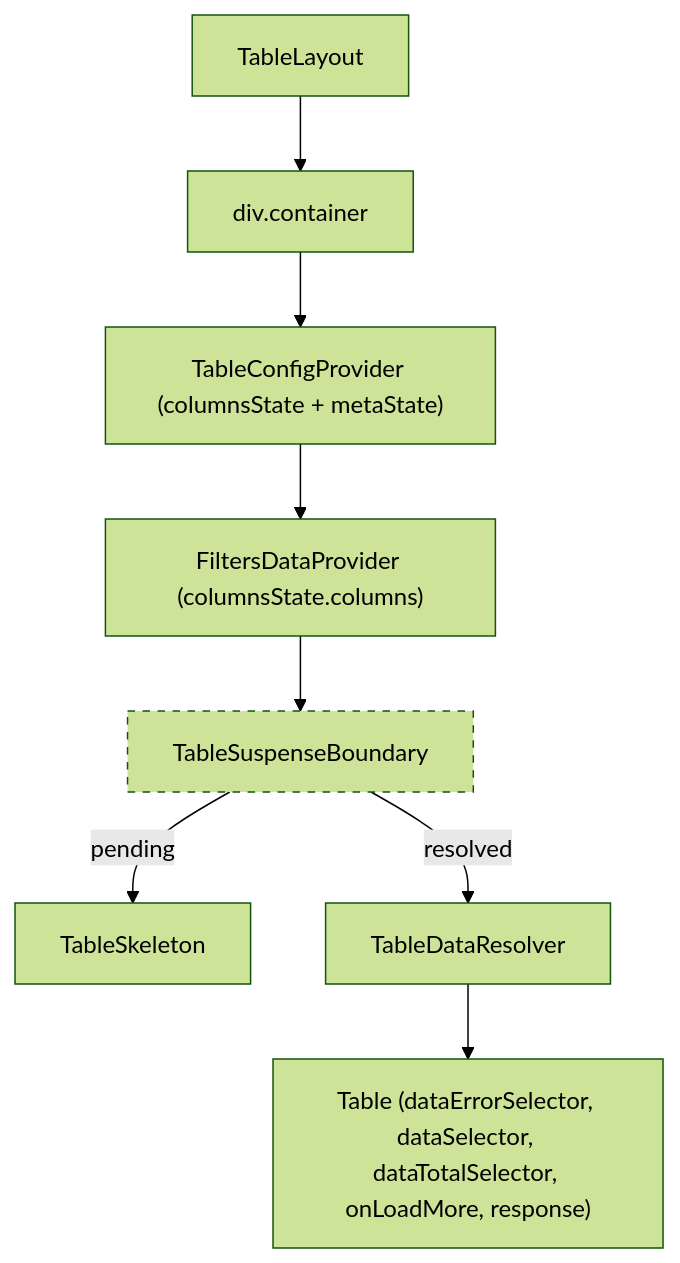
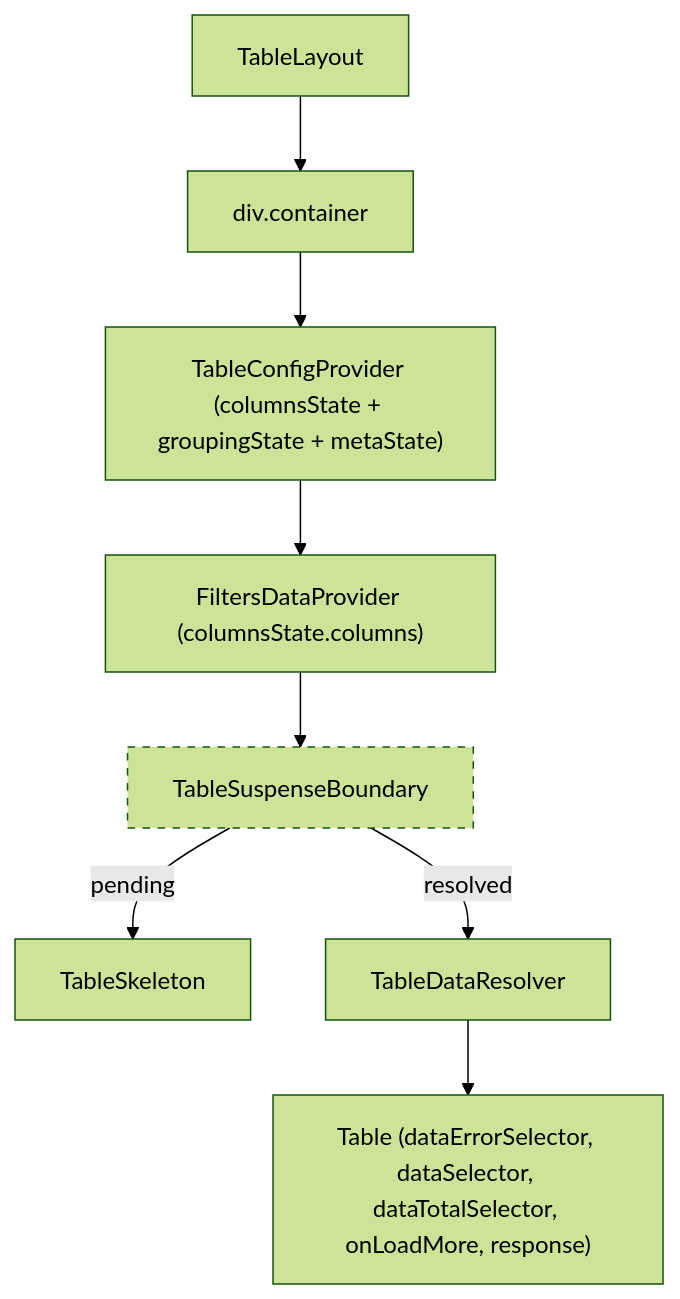
One commit to luciocabrera/lcabrera-stack changed the diagram in packages/ui/src/components/Table/TableLayout/ARCHITECTURE.md. Above: the diagram before and after it, drawn with Mermaid (forest theme). The commit also changed other lines of this file and 142 other files, not shown here.

First line of the commit message:
refactor(ui): split TableMetaState into capability, grouping, and chrome (#1151)

````diff
--- a/packages/ui/src/components/Table/TableLayout/ARCHITECTURE.md
+++ b/packages/ui/src/components/Table/TableLayout/ARCHITECTURE.md
@@ -26,12 +26,12 @@
 ```mermaid
 graph TD
   TL["TableLayout"] --> container["div.container"]
-  container --> TCP["TableConfigProvider (columnsState + metaState)"]
+  container --> TCP["TableConfigProvider (columnsState + groupingState + metaState)"]
   TCP --> FDP["FiltersDataProvider (columnsState.columns)"]
   FDP --> TSB["TableSuspenseBoundary"]
   TSB -->|pending| SK["TableSkeleton"]
   TSB -->|resolved| TDR["TableDataResolver"]
   TDR --> T["Table (dataErrorSelector, dataSelector, dataTotalSelector, onLoadMore, response)"]
 
   style TSB stroke-dasharray: 5 5
 ```
````
